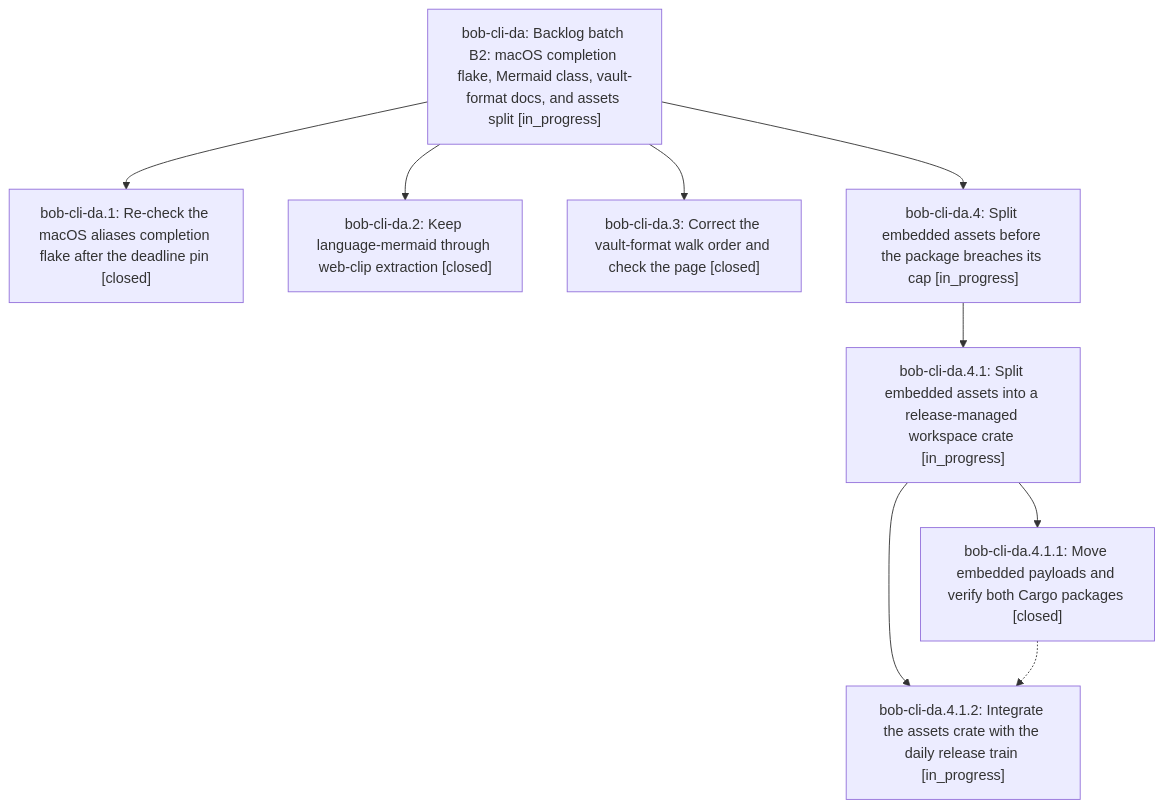
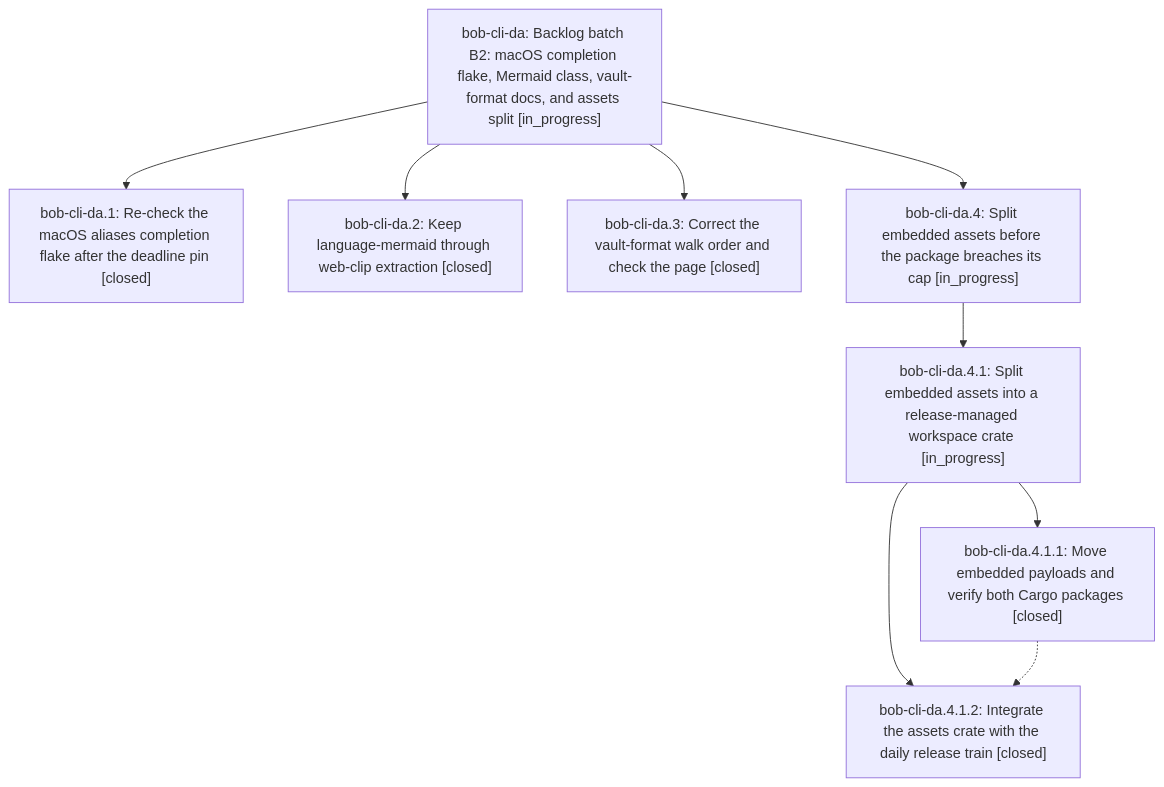
Before and after one commit to bobs-org/bob-cli--beads: the diagram in pages/bob-cli-da/README.md, drawn with Mermaid. The commit also changed other lines of this file and 4 other files, not shown here.

First line of the commit message:
chore(beads): sync bead state and pages for bob-cli-da

````diff
--- a/pages/bob-cli-da/README.md
+++ b/pages/bob-cli-da/README.md
@@ -25,19 +39,19 @@
 ```mermaid
 flowchart TD
     n0["bob-cli-da: Backlog batch B2: macOS completion flake, Mermaid class, vault-format docs, and assets split [in_progress]"]
     n1["bob-cli-da.1: Re-check the macOS aliases completion flake after the deadline pin [closed]"]
     n2["bob-cli-da.2: Keep language-mermaid through web-clip extraction [closed]"]
     n3["bob-cli-da.3: Correct the vault-format walk order and check the page [closed]"]
     n4["bob-cli-da.4: Split embedded assets before the package breaches its cap [in_progress]"]
     n5["bob-cli-da.4.1: Split embedded assets into a release-managed workspace crate [in_progress]"]
     n6["bob-cli-da.4.1.1: Move embedded payloads and verify both Cargo packages [closed]"]
-    n7["bob-cli-da.4.1.2: Integrate the assets crate with the daily release train [in_progress]"]
+    n7["bob-cli-da.4.1.2: Integrate the assets crate with the daily release train [closed]"]
     n0 --> n1
     n0 --> n2
     n0 --> n3
     n0 --> n4
     n4 --> n5
     n5 --> n6
     n5 --> n7
     n6 -.-> n7
 ```
````
